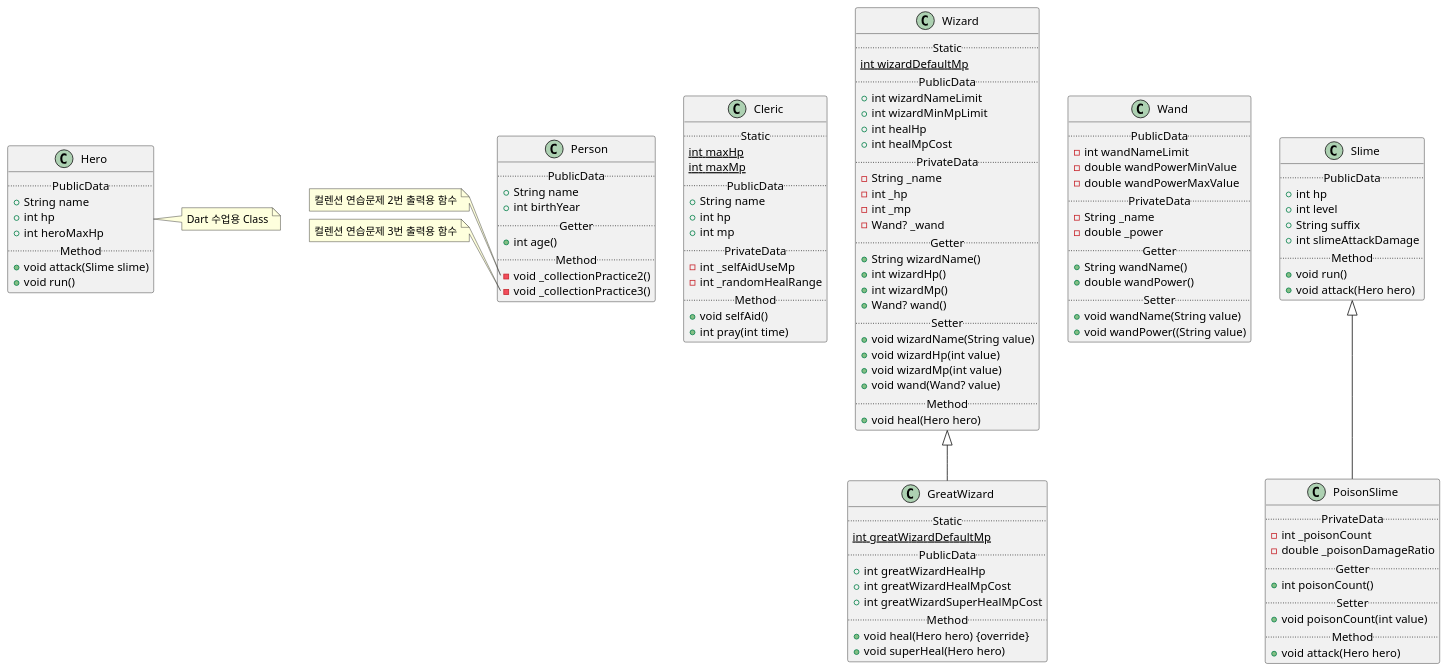
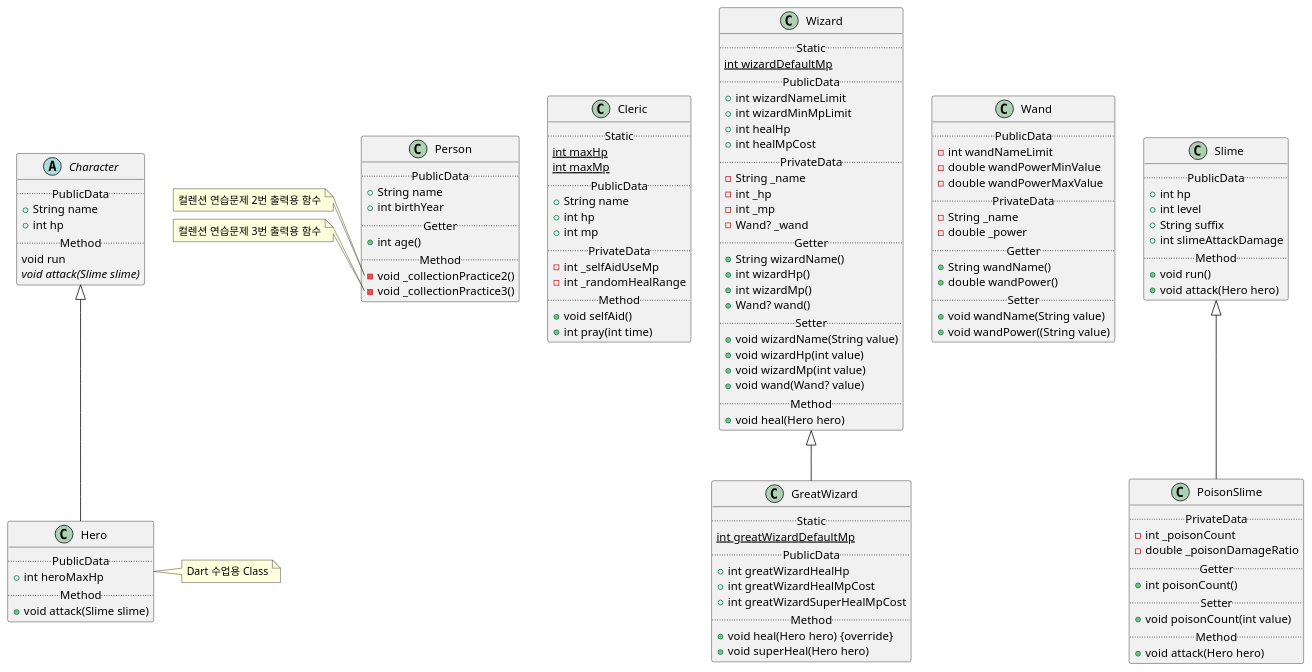
One commit to SurvivalCodingCampus/sesac7_dart_study changed the diagram in lib/game.puml. Above: the diagram before and after it, drawn with PlantUML.

Commit message:
docs: game uml Character Abstract Class작성 및 Hero Class Extends Character 수정

```diff
--- a/lib/game.puml
+++ b/lib/game.puml
@@ -1,127 +1,133 @@
 @startuml
 scale 1
 class Cleric {
     ..Static..
     {static}int maxHp
     {static}int maxMp
     ..PublicData..
     +String name
     +int hp
     +int mp
     ..PrivateData..
     -int _selfAidUseMp
     -int _randomHealRange
     ..Method..
     +void selfAid()
     +int pray(int time)
 }
 
-class Hero {
+abstract class Character {
     ..PublicData..
     +String name
     +int hp
+    ..Method..
+    void run
+    {abstract} void attack(Slime slime)
+}
+
+class Hero extends Character {
+    ..PublicData..
     +int heroMaxHp
     ..Method..
     +void attack(Slime slime)
-    +void run()
 }
 
 class Wizard {
     ..Static..
     {static}int wizardDefaultMp
     ..PublicData..
     +int wizardNameLimit
     +int wizardMinMpLimit
     +int healHp
     +int healMpCost
     ..PrivateData..
     -String _name
     -int _hp
     -int _mp
     -Wand? _wand
     ..Getter..
     +String wizardName()
     +int wizardHp()
     +int wizardMp()
     +Wand? wand()
     ..Setter..
     +void wizardName(String value)
     +void wizardHp(int value)
     +void wizardMp(int value)
     +void wand(Wand? value)
     ..Method..
     +void heal(Hero hero)
 }
 
 class GreatWizard extends Wizard {
     ..Static..
     {static}int greatWizardDefaultMp
     ..PublicData..
     +int greatWizardHealHp
     +int greatWizardHealMpCost
     +int greatWizardSuperHealMpCost
     ..Method..
     +void heal(Hero hero) {override}
     +void superHeal(Hero hero)
 }
 
 class Wand {
     ..PublicData..
     -int wandNameLimit
     -double wandPowerMinValue
     -double wandPowerMaxValue
     ..PrivateData..
     -String _name
     -double _power
     ..Getter..
     +String wandName()
     +double wandPower()
     ..Setter..
     +void wandName(String value)
     +void wandPower((String value)
 }
 
 class Person {
     ..PublicData..
     +String name
     +int birthYear
     ..Getter..
     +int age()
     ..Method..
     -void _collectionPractice2()
     -void _collectionPractice3()
 }
 
 class Slime {
     ..PublicData..
     +int hp
     +int level
     +String suffix
     +int slimeAttackDamage
     ..Method..
     +void run()
     +void attack(Hero hero)
 }
 
 class PoisonSlime extends Slime {
     ..PrivateData..
     -int _poisonCount
     -double _poisonDamageRatio
     ..Getter..
     +int poisonCount()
     ..Setter..
     +void poisonCount(int value)
     ..Method..
     +void attack(Hero hero)
 }
 
 note right of Hero
     Dart 수업용 Class
 end note
 note left of Person::_collectionPractice2
     컬렌션 연습문제 2번 출력용 함수
 end note
 note left of Person::_collectionPractice3
     컬렌션 연습문제 3번 출력용 함수
 end note
 @enduml
```
